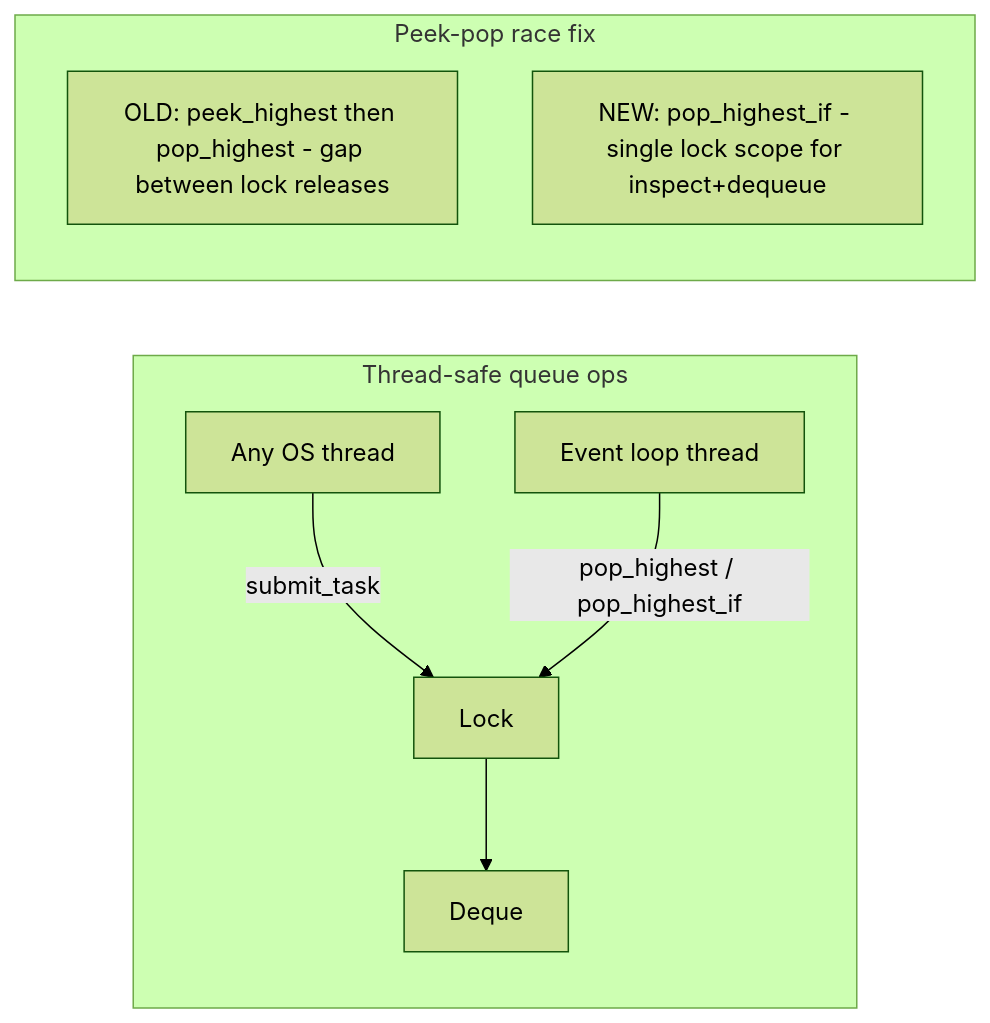
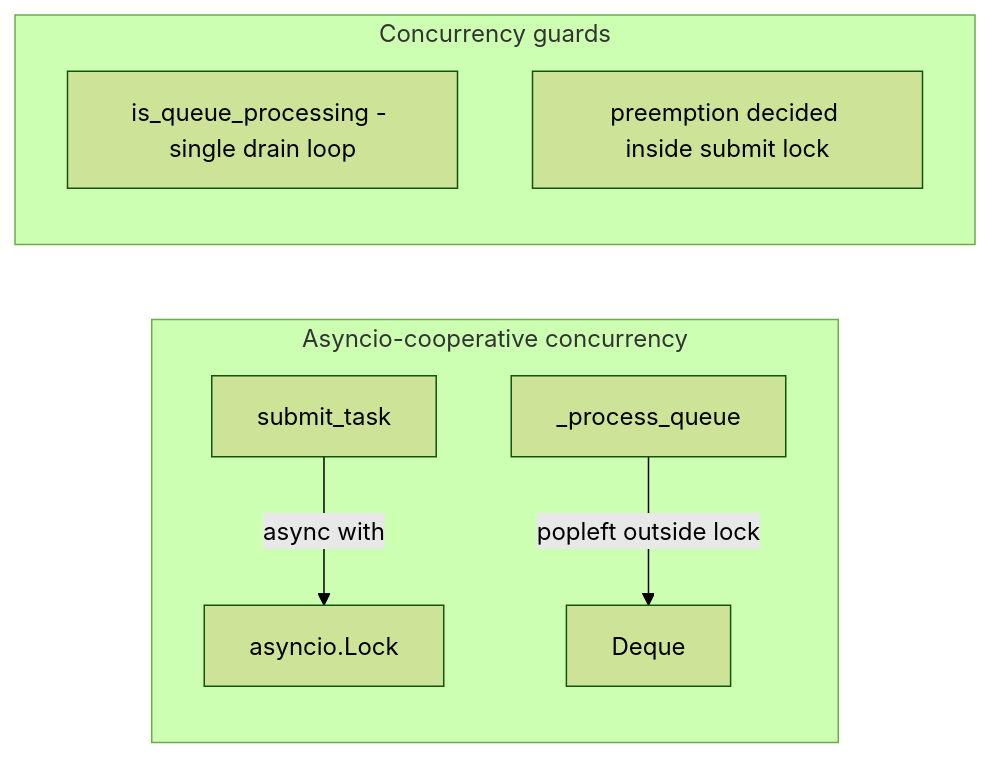
Before and after one commit to scoville/test_filter_queue: the sixth of 8 diagrams in .cursor/plans/system_architecture_workflow_b2d79ca7.plan.md, drawn with Mermaid (forest theme). The commit also changed other lines of this file and 1 other file, not shown here.

Commit message:
update system architecture

````diff
--- a/.cursor/plans/system_architecture_workflow_b2d79ca7.plan.md
+++ b/.cursor/plans/system_architecture_workflow_b2d79ca7.plan.md
@@ -178,15 +185,15 @@
 ```mermaid
 flowchart LR
-    subgraph threadSafe [Thread-safe queue ops]
-        T1[Any OS thread]
-        T2[Event loop thread]
-        T1 -->|submit_task| Lock
-        T2 -->|pop_highest / pop_highest_if| Lock
-        Lock --> Deque
+    subgraph asyncSafe [Asyncio-cooperative concurrency]
+        Submit[submit_task]
+        Process[_process_queue]
+        Lock[asyncio.Lock]
+        Submit -->|async with| Lock
+        Process -->|popleft outside lock| Deque
     end
 
-    subgraph atomic [Peek-pop race fix]
-        OldRisk["OLD: peek_highest then pop_highest - gap between lock releases"]
-        NewFix["NEW: pop_highest_if - single lock scope for inspect+dequeue"]
+    subgraph guards [Concurrency guards]
+        Flag[is_queue_processing - single drain loop]
+        PreemptOnSubmit[preemption decided inside submit lock]
     end
 ```
````
